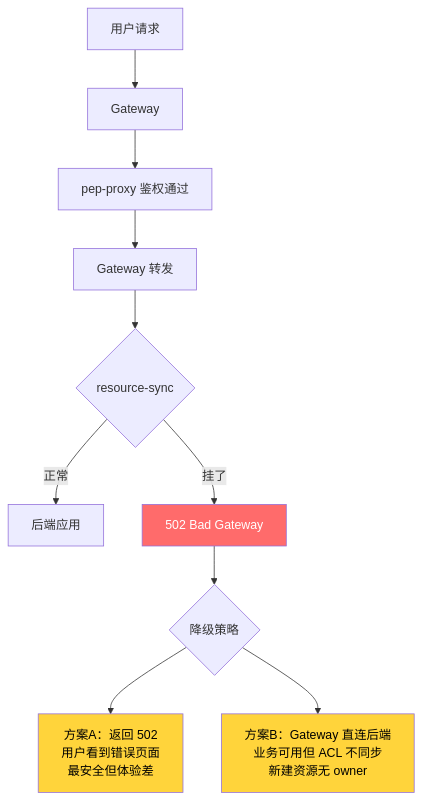
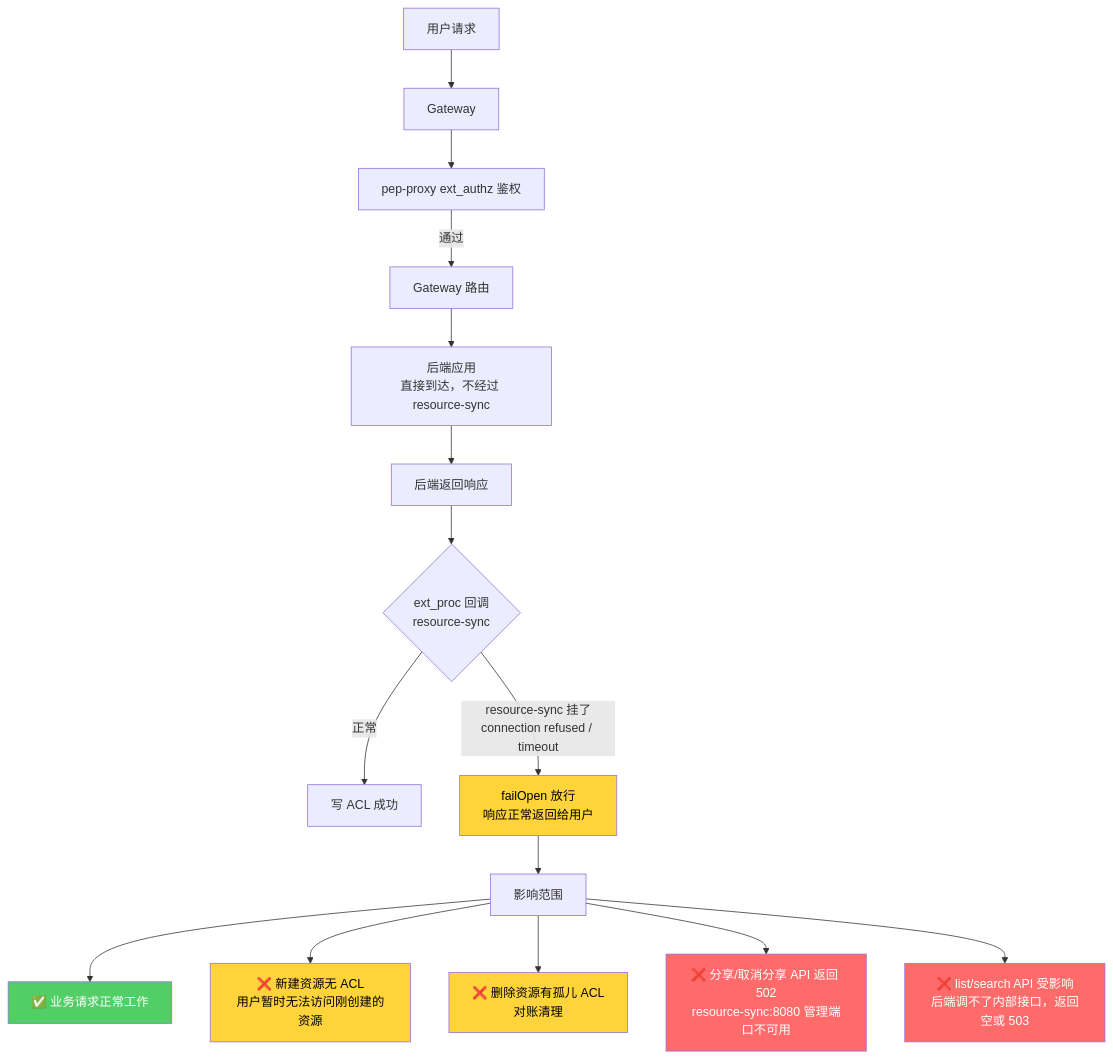
The fifth of 16 diagrams in diagrams/failure-scenarios.md (xiewanchao/aidp-iam), drawn with Mermaid before and after one commit. The commit also changed other lines of this file and 5 other files, not shown here.

````diff
--- a/diagrams/failure-scenarios.md
+++ b/diagrams/failure-scenarios.md
@@ -109,17 +162,26 @@
 ```mermaid
 flowchart TD
     U[用户请求] --> GW[Gateway]
-    GW --> PEP[pep-proxy 鉴权通过]
-    PEP --> GW2[Gateway 转发]
-    GW2 --> RS{resource-sync}
-    RS -->|正常| APP[后端应用]
-    RS -->|挂了| ERR[502 Bad Gateway]
+    GW --> PEP[pep-proxy ext_authz 鉴权]
+    PEP -->|通过| GW2[Gateway 路由]
+    GW2 --> APP[后端应用<br/>直接到达，不经过 resource-sync]
+    APP --> RESP[后端返回响应]
+    RESP --> EP{"ext_proc 回调<br/>resource-sync"}
 
-    ERR --> STRATEGY{降级策略}
-    STRATEGY --> OPT1[方案A：返回 502<br/>用户看到错误页面<br/>最安全但体验差]
-    STRATEGY --> OPT2[方案B：Gateway 直连后端<br/>业务可用但 ACL 不同步<br/>新建资源无 owner]
+    EP -->|正常| SYNC[写 ACL 成功]
+    EP -->|"resource-sync 挂了<br/>connection refused / timeout"| FAILOPEN["failOpen 放行<br/>响应正常返回给用户"]
 
-    style ERR fill:#ff6b6b,color:#fff
-    style OPT1 fill:#ffd43b,color:#000
-    style OPT2 fill:#ffd43b,color:#000
+    FAILOPEN --> IMPACT["影响范围"]
+    IMPACT --> I1["✅ 业务请求正常工作"]
+    IMPACT --> I2["❌ 新建资源无 ACL<br/>用户暂时无法访问刚创建的资源"]
+    IMPACT --> I3["❌ 删除资源有孤儿 ACL<br/>对账清理"]
+    IMPACT --> I4["❌ 分享/取消分享 API 返回 502<br/>resource-sync:8080 管理端口不可用"]
+    IMPACT --> I5["❌ list/search API 受影响<br/>后端调不了内部接口，返回空或 503"]
+
+    style FAILOPEN fill:#ffd43b,color:#000
+    style I1 fill:#51cf66,color:#fff
+    style I2 fill:#ffd43b,color:#000
+    style I3 fill:#ffd43b,color:#000
+    style I4 fill:#ff6b6b,color:#fff
+    style I5 fill:#ff6b6b,color:#fff
 ```
````
